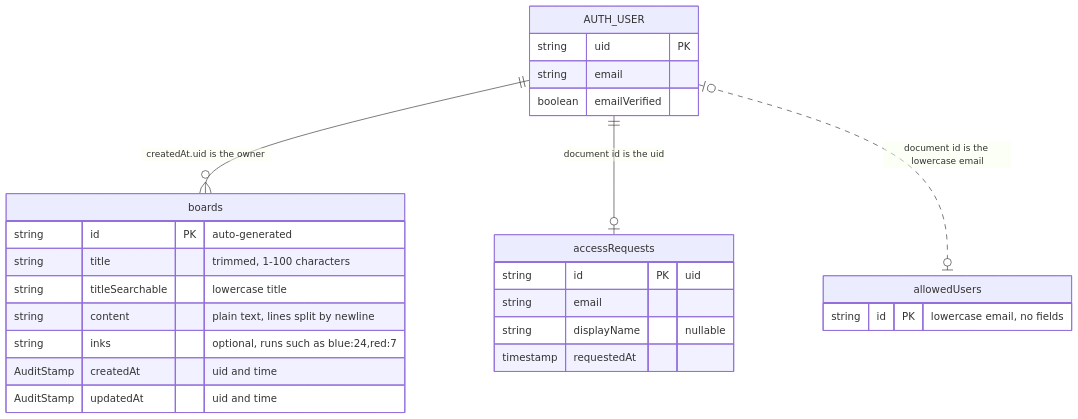
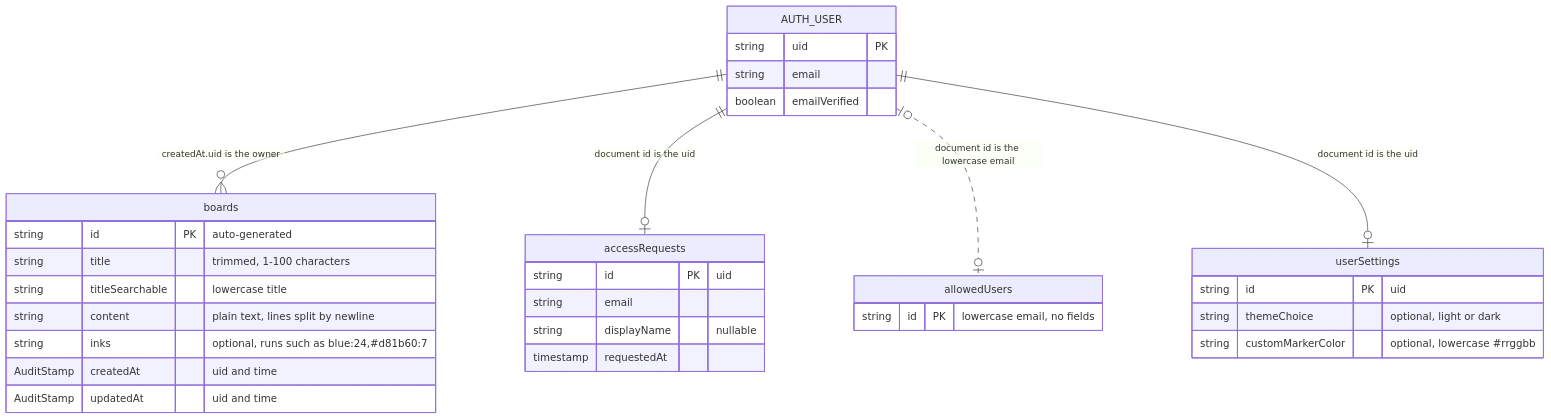
Before and after one commit to Valiance-Studios/vue-whiteboard-app: the eighth of 13 diagrams in ARCHITECTURE.md, drawn with Mermaid. The commit also changed other lines of this file and 33 other files, not shown here.

First line of the commit message:
Add an RGB marker and save settings per user in userSettings (#34)

````diff
--- a/ARCHITECTURE.md
+++ b/ARCHITECTURE.md
@@ -259,30 +301,36 @@
 ```mermaid
 erDiagram
     AUTH_USER ||--o{ boards : "createdAt.uid is the owner"
     AUTH_USER ||--o| accessRequests : "document id is the uid"
     AUTH_USER |o..o| allowedUsers : "document id is the lowercase email"
+    AUTH_USER ||--o| userSettings : "document id is the uid"
 
     AUTH_USER {
         string uid PK
         string email
         boolean emailVerified
     }
     boards {
         string id PK "auto-generated"
         string title "trimmed, 1-100 characters"
         string titleSearchable "lowercase title"
         string content "plain text, lines split by newline"
-        string inks "optional, runs such as blue:24,red:7"
+        string inks "optional, runs such as blue:24,#d81b60:7"
         AuditStamp createdAt "uid and time"
         AuditStamp updatedAt "uid and time"
+    }
+    userSettings {
+        string id PK "uid"
+        string themeChoice "optional, light or dark"
+        string customMarkerColor "optional, lowercase #rrggbb"
     }
     allowedUsers {
         string id PK "lowercase email, no fields"
     }
     accessRequests {
         string id PK "uid"
         string email
         string displayName "nullable"
         timestamp requestedAt
     }
 ```
````
